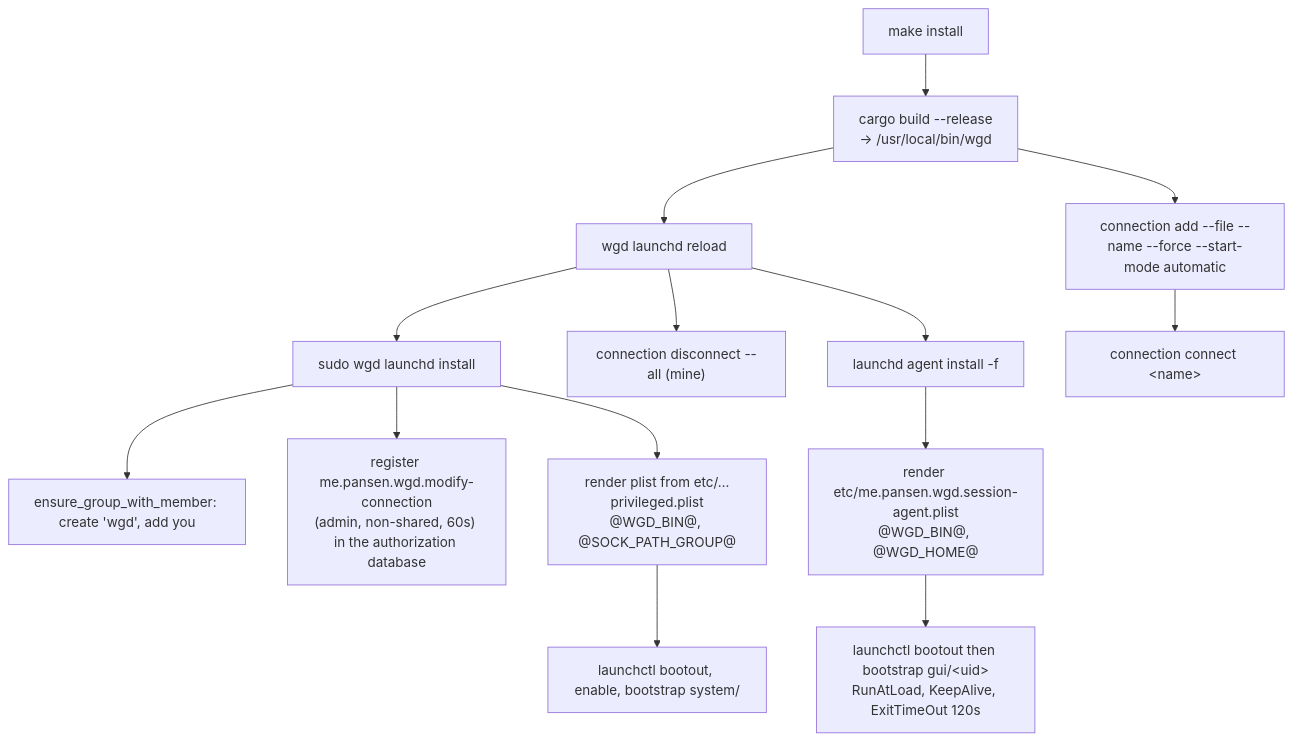
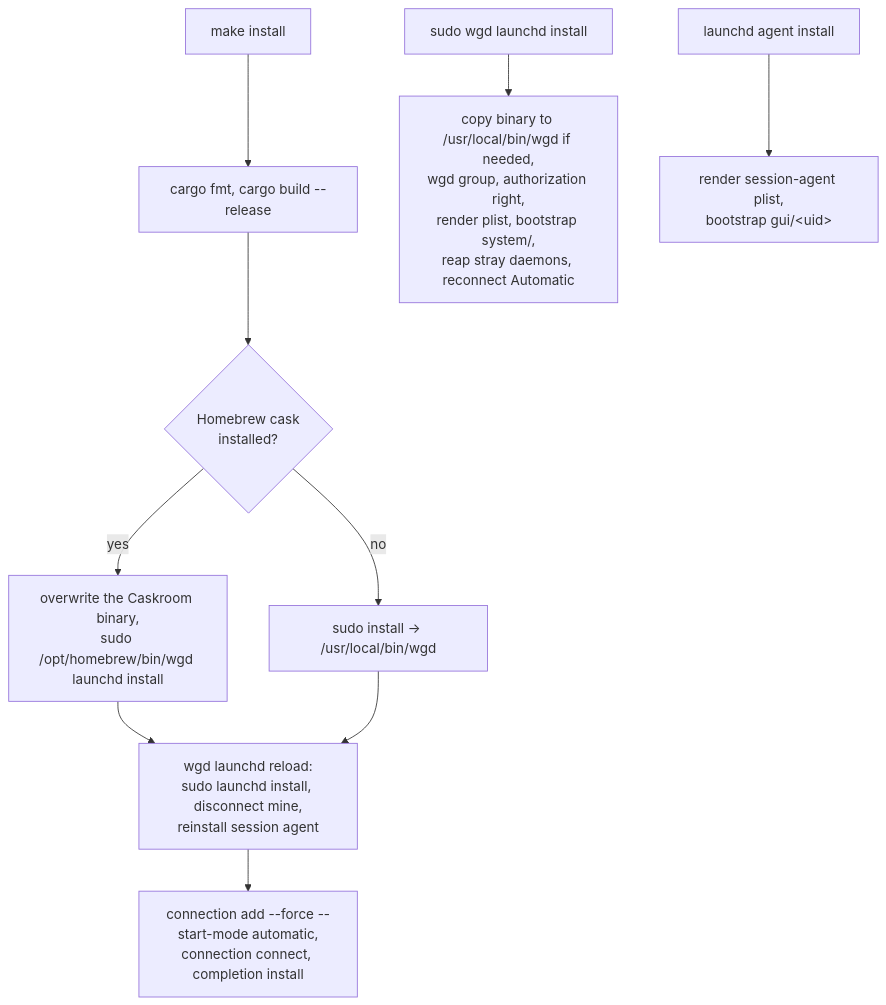
Diagram 11 of 11 in doc/architecture.md (pansen/macos-wireguard-daemon), drawn with Mermaid before and after one commit. The commit also changed other lines of this file and 4 other files, not shown here.

````diff
--- a/doc/architecture.md
+++ b/doc/architecture.md
@@ -663,18 +538,13 @@
 ```mermaid
 flowchart TB
-    MAKE["make install"] --> BUILD["cargo build --release<br/>-> /usr/local/bin/wgd"]
-    BUILD --> RELOAD["wgd launchd reload"]
-    RELOAD --> LI["sudo wgd launchd install"]
-    RELOAD --> DISC["connection disconnect --all (mine)"]
-    RELOAD --> AI["launchd agent install -f"]
-    BUILD --> ADD["connection add --file --name --force --start-mode automatic"]
-    ADD --> CONNECT["connection connect &lt;name&gt;"]
+    MAKE["make install"] --> BUILD["cargo fmt, cargo build --release"]
+    BUILD --> BIN{"Homebrew cask<br/>installed?"}
+    BIN -->|yes| CASK["overwrite the Caskroom binary,<br/>sudo /opt/homebrew/bin/wgd launchd install"]
+    BIN -->|no| COPY["sudo install -> /usr/local/bin/wgd"]
+    CASK --> RELOAD["wgd launchd reload:<br/>sudo launchd install, disconnect mine,<br/>reinstall session agent"]
+    COPY --> RELOAD
+    RELOAD --> ADD["connection add --force --start-mode automatic,<br/>connection connect, completion install"]
 
-    LI --> GRP["ensure_group_with_member: create 'wgd', add you"]
-    LI --> RIGHT["register me.pansen.wgd.modify-connection<br/>(admin, non-shared, 60s) in the authorization database"]
-    LI --> PL["render plist from etc/…privileged.plist<br/>@WGD_BIN@, @SOCK_PATH_GROUP@"]
-    PL --> BOOT["launchctl bootout, enable, bootstrap system/"]
-
-    AI --> APL["render etc/me.pansen.wgd.session-agent.plist<br/>@WGD_BIN@, @WGD_HOME@"]
-    APL --> ABOOT["launchctl bootout then bootstrap gui/&lt;uid&gt;<br/>RunAtLoad, KeepAlive, ExitTimeOut 120s"]
+    LI["sudo wgd launchd install"] --> STEPS["copy binary to /usr/local/bin/wgd if needed,<br/>wgd group, authorization right,<br/>render plist, bootstrap system/,<br/>reap stray daemons, reconnect Automatic"]
+    AI["launchd agent install"] --> ASTEPS["render session-agent plist,<br/>bootstrap gui/&lt;uid&gt;"]
 ```
````
